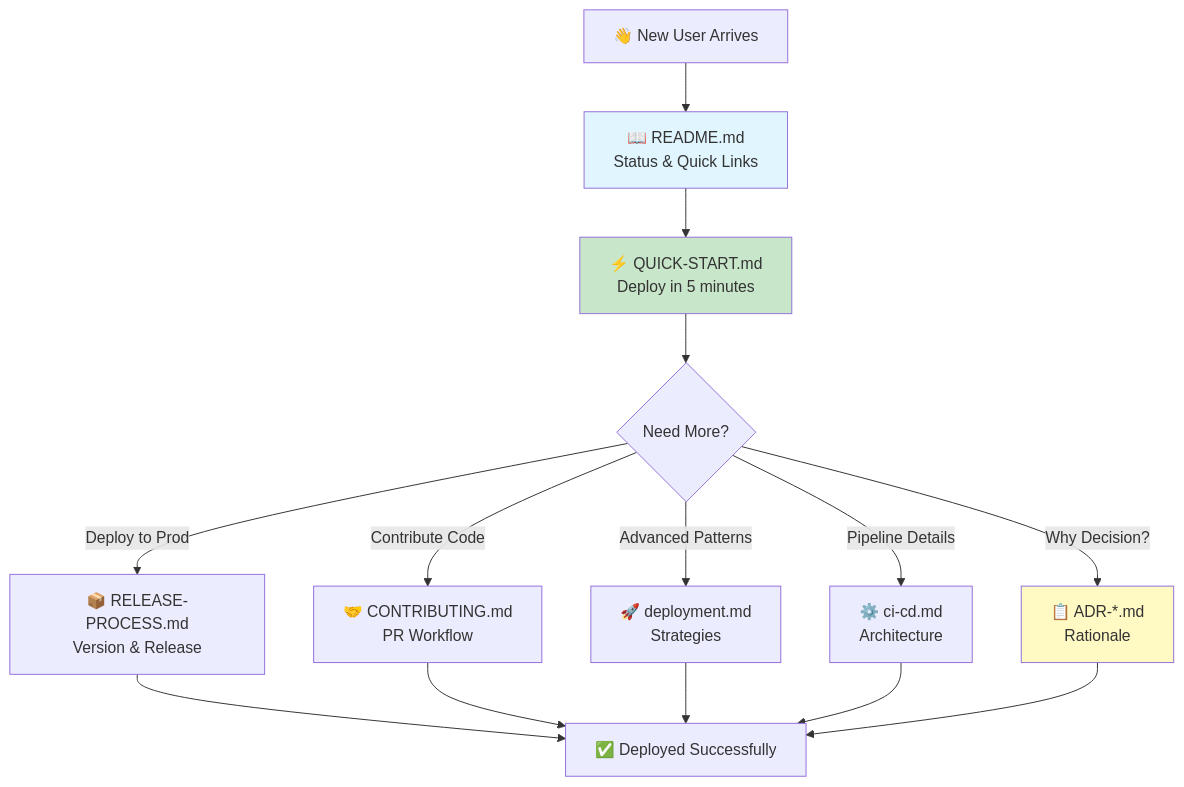
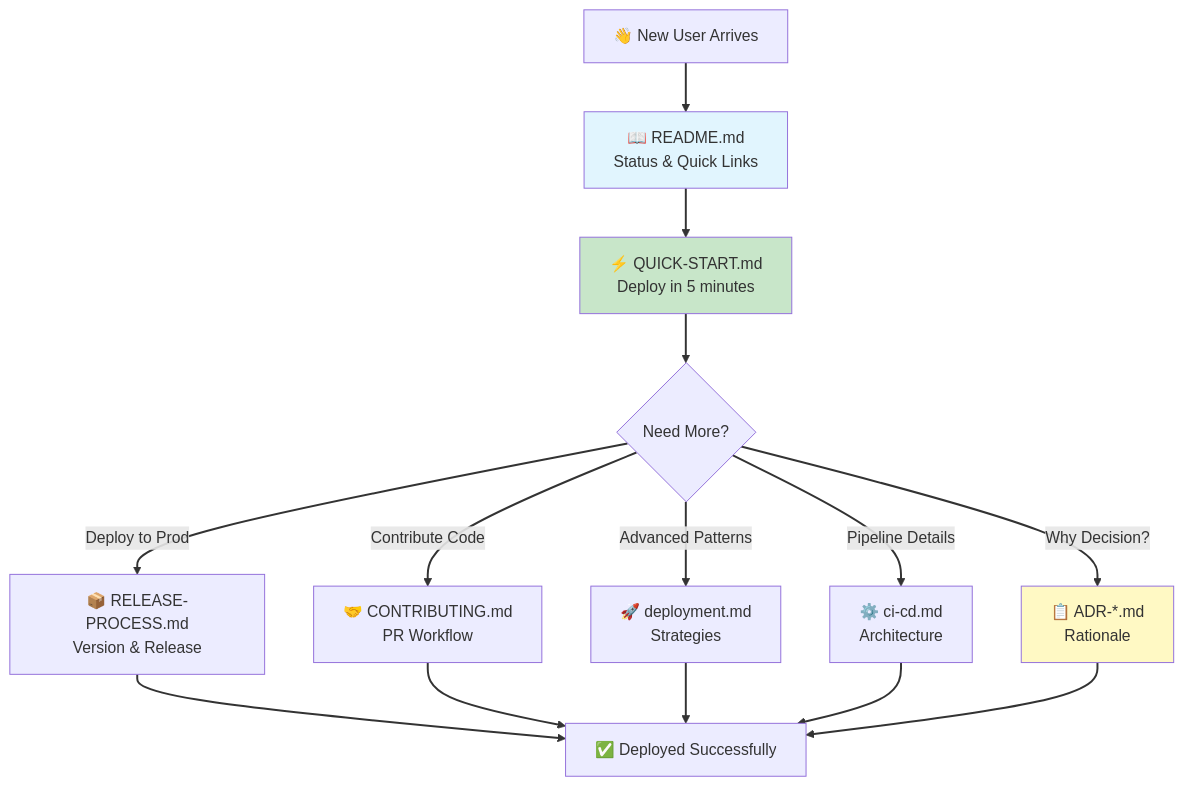
One commit to Celtikill/static-site changed the diagram in docs/architecture/ADR-005-deployment-documentation-architecture.md. Above: the diagram before and after it, drawn with Mermaid. The commit also changed 17 other files, not shown here.

````diff
--- a/docs/architecture/ADR-005-deployment-documentation-architecture.md
+++ b/docs/architecture/ADR-005-deployment-documentation-architecture.md
@@ -145,22 +145,40 @@
 ```mermaid
+%%{init: {'theme':'default', 'themeVariables': {'fontSize':'16px'}}}%%
 graph TD
+    accTitle: Documentation Navigation and Information Architecture
+    accDescr: Progressive documentation discovery flow designed for user journey from initial contact to successful deployment or contribution. New users arrive at README.md which provides project status, pipeline health badges, and quick navigation links establishing context and credibility. README directs users to QUICK-START.md for rapid 5-minute deployment enabling immediate value demonstration and hands-on experience. The quick start creates early success building confidence and engagement. After initial deployment, users encounter a decision point based on their goals and needs. Production deployment users navigate to RELEASE-PROCESS.md documenting semantic versioning, GitHub Releases workflow, and production promotion procedures. Contributors navigate to CONTRIBUTING.md covering PR workflow, conventional commits requirements, code review process, and merge strategies. Users seeking advanced deployment patterns access deployment.md for progressive promotion strategies, rollback procedures, and multi-environment orchestration. Pipeline architecture learners access ci-cd.md documenting the BUILD-TEST-RUN workflow, security gates, and automation patterns. Decision rationale seekers access ADR documents explaining architectural choices, tradeoffs evaluated, and context for major decisions. All paths converge to successful outcomes whether deployment completion, contribution submission, or deep understanding of system design. This architecture implements progressive disclosure revealing complexity gradually as users advance from quick start through advanced topics. The hub-and-spoke pattern from README provides clear entry points while decision-based routing matches content to user intent.
+
     A["👋 New User Arrives"] --> B["📖 README.md<br/>Status & Quick Links"]
     B --> C["⚡ QUICK-START.md<br/>Deploy in 5 minutes"]
     C --> D{"Need More?"}
 
     D -->|"Deploy to Prod"| E["📦 RELEASE-PROCESS.md<br/>Version & Release"]
     D -->|"Contribute Code"| F["🤝 CONTRIBUTING.md<br/>PR Workflow"]
     D -->|"Advanced Patterns"| G["🚀 deployment.md<br/>Strategies"]
     D -->|"Pipeline Details"| H["⚙️ ci-cd.md<br/>Architecture"]
     D -->|"Why Decision?"| I["📋 ADR-*.md<br/>Rationale"]
 
     E --> J["✅ Deployed Successfully"]
     F --> J
     G --> J
     H --> J
     I --> J
 
     style B fill:#e1f5fe
     style C fill:#c8e6c9
     style I fill:#fff9c4
+
+    linkStyle 0 stroke:#333333,stroke-width:2px
+    linkStyle 1 stroke:#333333,stroke-width:2px
+    linkStyle 2 stroke:#333333,stroke-width:2px
+    linkStyle 3 stroke:#333333,stroke-width:2px
+    linkStyle 4 stroke:#333333,stroke-width:2px
+    linkStyle 5 stroke:#333333,stroke-width:2px
+    linkStyle 6 stroke:#333333,stroke-width:2px
+    linkStyle 7 stroke:#333333,stroke-width:2px
+    linkStyle 8 stroke:#333333,stroke-width:2px
+    linkStyle 9 stroke:#333333,stroke-width:2px
+    linkStyle 10 stroke:#333333,stroke-width:2px
+    linkStyle 11 stroke:#333333,stroke-width:2px
+    linkStyle 12 stroke:#333333,stroke-width:2px
 ```
````
